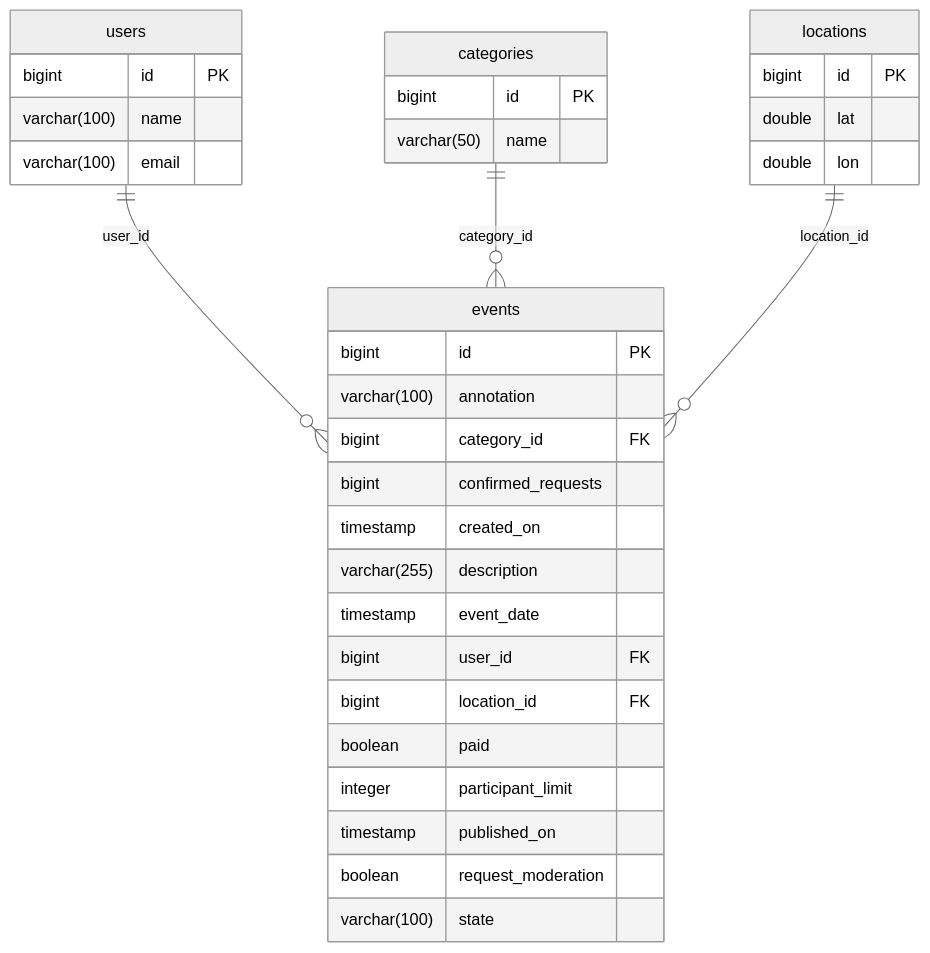
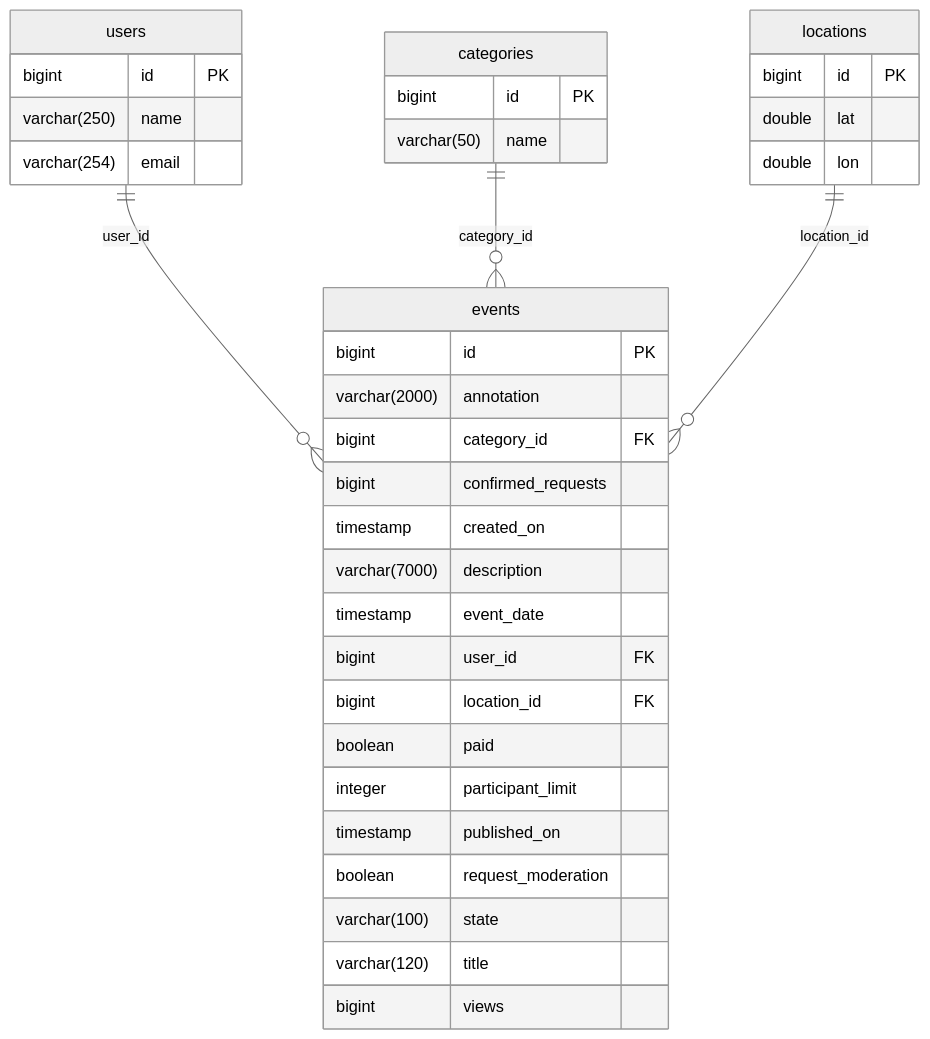
The first of 2 diagrams in README.md (kpak292/java-explore-with-me-plus), drawn with Mermaid (neutral theme) before and after one commit. The commit also changed 18 other files, not shown here.

````diff
--- a/README.md
+++ b/README.md
@@ -7,40 +7,42 @@
 ```mermaid
 erDiagram
     categories {
         bigint id PK
         varchar(50) name
     }
 
     users {
         bigint id PK
-        varchar(100) name
-        varchar(100) email
+        varchar(250) name
+        varchar(254) email
     }
 
     locations {
         bigint id PK
         double lat
         double lon
     }
 
     events {
         bigint id PK
-        varchar(100) annotation
+        varchar(2000) annotation
         bigint category_id FK
         bigint confirmed_requests
         timestamp created_on
-        varchar(255) description
+        varchar(7000) description
         timestamp event_date
         bigint user_id FK
         bigint location_id FK
         boolean paid
         integer participant_limit
         timestamp published_on
         boolean request_moderation
         varchar(100) state
+        varchar(120) title
+        bigint views
     }
 
     users ||--o{ events: user_id
     categories ||--o{ events: category_id
     locations ||--o{ events: location_id
 ```
````
